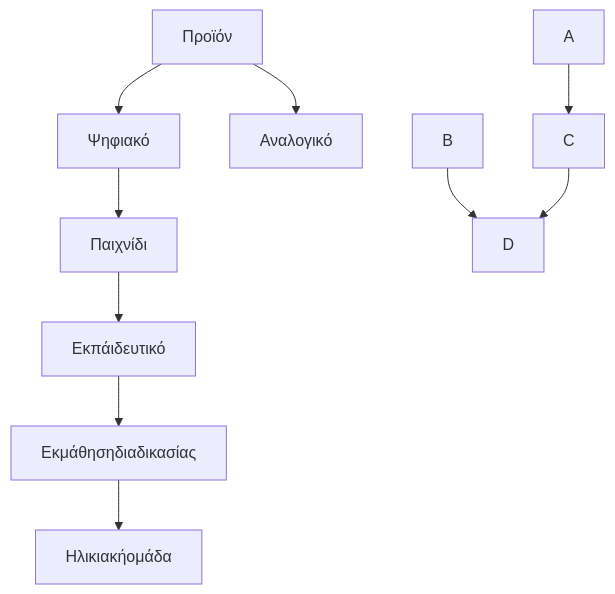
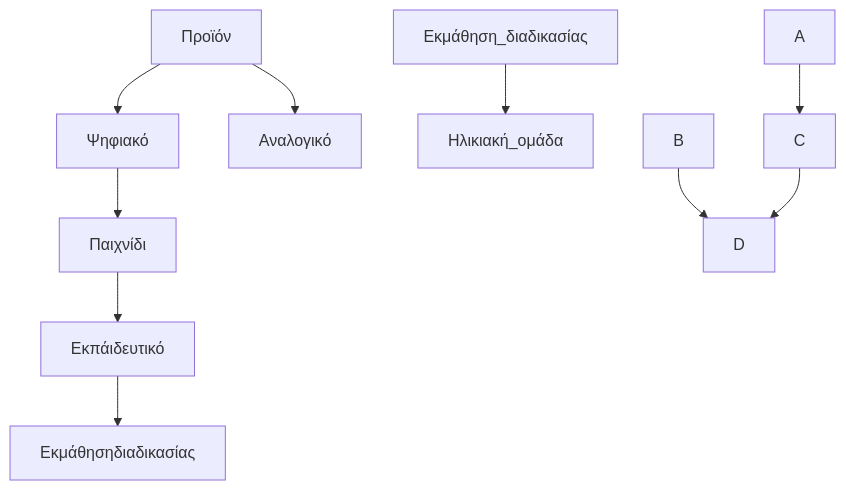
Before and after one commit to Ebabouraki/Interaction-Design-Project-Assignment: the diagram in our_report/README.md, drawn with Mermaid.

````diff
--- a/our_report/README.md
+++ b/our_report/README.md
@@ -200,16 +200,16 @@
 ```mermaid
   graph TD;
       Προϊόν --> Ψηφιακό;
       Προϊόν --> Αναλογικό;
       Ψηφιακό --> Παιχνίδι;
       Παιχνίδι --> Εκπάιδευτικό;
       Εκπάιδευτικό --> Εκμάθησηδιαδικασίας;
-      Εκμάθησηδιαδικασίας --> Ηλικιακήομάδα;
+      Εκμάθηση_διαδικασίας --> Ηλικιακή_ομάδα;
     
     
       
          
       A-->C;
       B-->D;
       C-->D;
 ```
````
